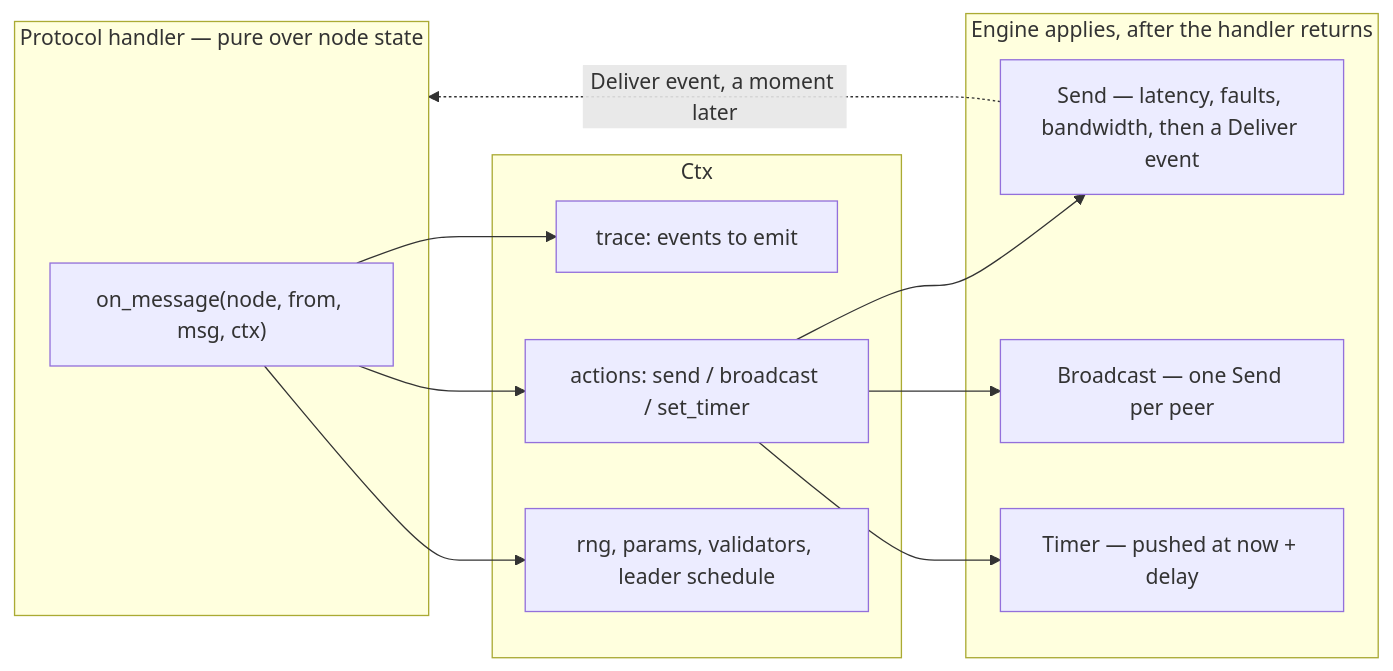
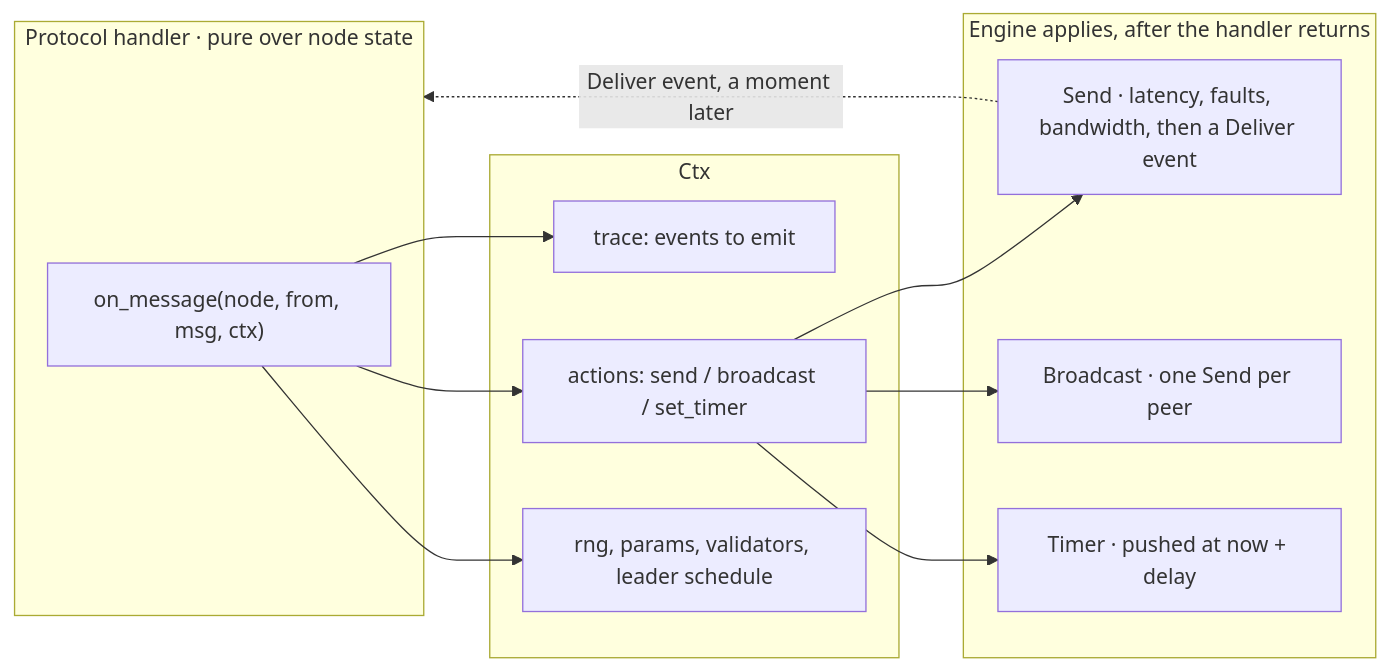
Before and after one commit to AkashJana18/solana-consensus-lab: the fifth of 6 diagrams in docs/architecture.md, drawn with Mermaid. The commit also changed other lines of this file and 5 other files, not shown here.

````diff
--- a/docs/architecture.md
+++ b/docs/architecture.md
@@ -146,23 +146,23 @@
 ```mermaid
 flowchart LR
-    subgraph HANDLER["Protocol handler — pure over node state"]
+    subgraph HANDLER["Protocol handler · pure over node state"]
         H["on_message(node, from, msg, ctx)"]
     end
     subgraph CTX["Ctx"]
         T["trace: events to emit"]
         A["actions: send / broadcast / set_timer"]
         R["rng, params, validators, leader schedule"]
     end
     subgraph ENGINE["Engine applies, after the handler returns"]
-        S["Send — latency, faults, bandwidth, then a Deliver event"]
-        B["Broadcast — one Send per peer"]
-        TM["Timer — pushed at now + delay"]
+        S["Send · latency, faults, bandwidth, then a Deliver event"]
+        B["Broadcast · one Send per peer"]
+        TM["Timer · pushed at now + delay"]
     end
     H --> T
     H --> A
     H --> R
     A --> S
     A --> B
     A --> TM
     S -.->|"Deliver event, a moment later"| HANDLER
 ```
````
